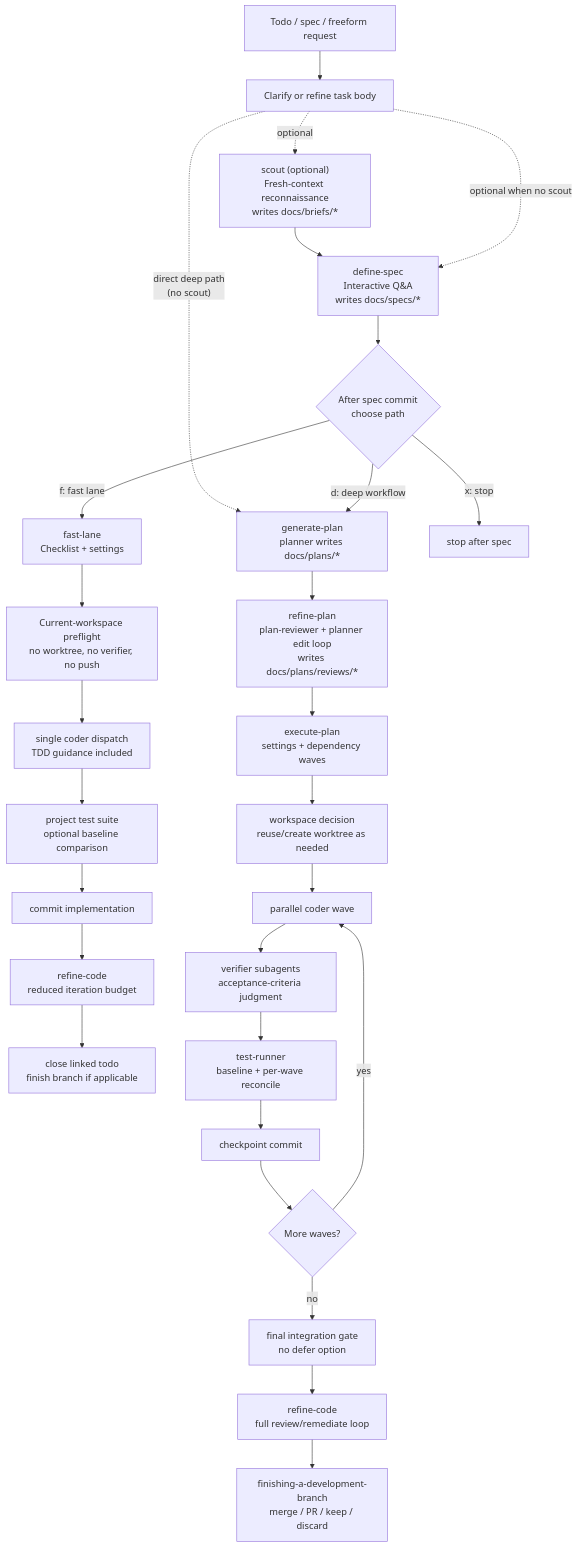
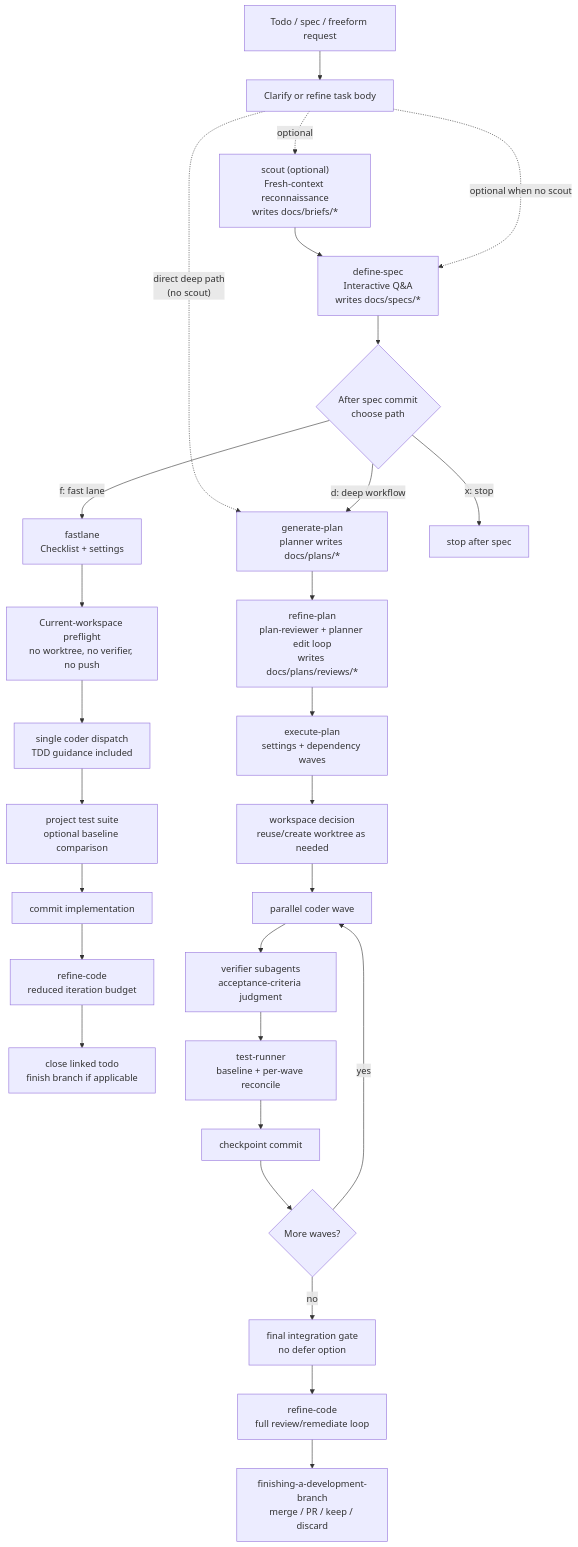
One commit to davidsunglee/pi-config changed the diagram in README.md. Above: the diagram before and after it, drawn with Mermaid. The commit also changed other lines of this file and 8 other files, not shown here.

First line of the commit message:
feat(plan): wave 2 - rename fast-lane references

````diff
--- a/README.md
+++ b/README.md
@@ -67,45 +67,45 @@
 ```mermaid
 flowchart TD
     input["Todo / spec / freeform request"]
     refine["Clarify or refine task body"]
     scout["scout (optional)\nFresh-context reconnaissance\nwrites docs/briefs/*"]
     spec["define-spec\nInteractive Q&A\nwrites docs/specs/*"]
     menu{"After spec commit\nchoose path"}
 
-    fastStart["fast-lane\nChecklist + settings"]
+    fastStart["fastlane\nChecklist + settings"]
     fastPreflight["Current-workspace preflight\nno worktree, no verifier, no push"]
     fastCoder["single coder dispatch\nTDD guidance included"]
     fastTests["project test suite\noptional baseline comparison"]
     fastCommit["commit implementation"]
     fastReview["refine-code\nreduced iteration budget"]
     fastFinish["close linked todo\nfinish branch if applicable"]
 
     plan["generate-plan\nplanner writes docs/plans/*"]
     refinePlan["refine-plan\nplan-reviewer + planner edit loop\nwrites docs/plans/reviews/*"]
     exec["execute-plan\nsettings + dependency waves"]
     worktree["workspace decision\nreuse/create worktree as needed"]
     coders["parallel coder wave"]
     verifier["verifier subagents\nacceptance-criteria judgment"]
     runner["test-runner\nbaseline + per-wave reconcile"]
     waveCommit["checkpoint commit"]
     more{"More waves?"}
     finalGate["final integration gate\nno defer option"]
     deepReview["refine-code\nfull review/remediate loop"]
     finish["finishing-a-development-branch\nmerge / PR / keep / discard"]
 
     input --> refine
     refine -. "optional" .-> scout
     scout --> spec
     refine -. "optional when no scout" .-> spec
     refine -. "direct deep path\n(no scout)" .-> plan
     spec --> menu
     menu -->|"f: fast lane"| fastStart
     menu -->|"d: deep workflow"| plan
     menu -->|"x: stop"| stop["stop after spec"]
 
     fastStart --> fastPreflight --> fastCoder --> fastTests --> fastCommit --> fastReview --> fastFinish
 
     plan --> refinePlan --> exec --> worktree --> coders --> verifier --> runner --> waveCommit --> more
     more -->|yes| coders
     more -->|no| finalGate --> deepReview --> finish
 ```
````
